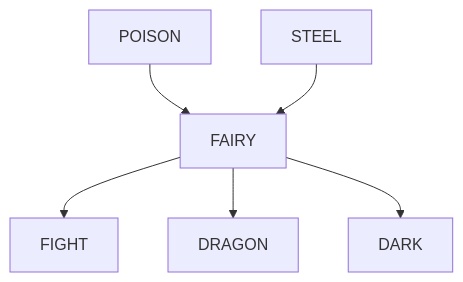
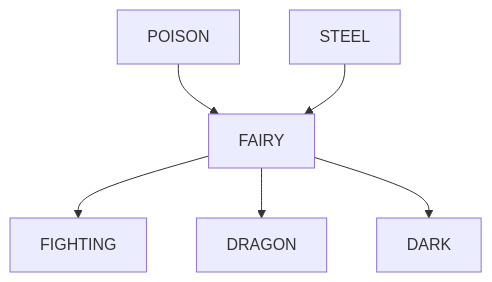
The fifth of 18 diagrams in pokemon-type-chart/per-type.md (cliffano/typhlosion), drawn with Mermaid before and after one commit. The commit also changed other lines of this file and 1 other file, not shown here.

Commit message:
Fix Fighting Pokemon type name.

````diff
--- a/pokemon-type-chart/per-type.md
+++ b/pokemon-type-chart/per-type.md
@@ -43,8 +43,8 @@
 ```mermaid
   graph TD;
       POISON-->FAIRY;
       STEEL-->FAIRY;
-      FAIRY-->FIGHT;
+      FAIRY-->FIGHTING;
       FAIRY-->DRAGON;
       FAIRY-->DARK;
 ```
````
